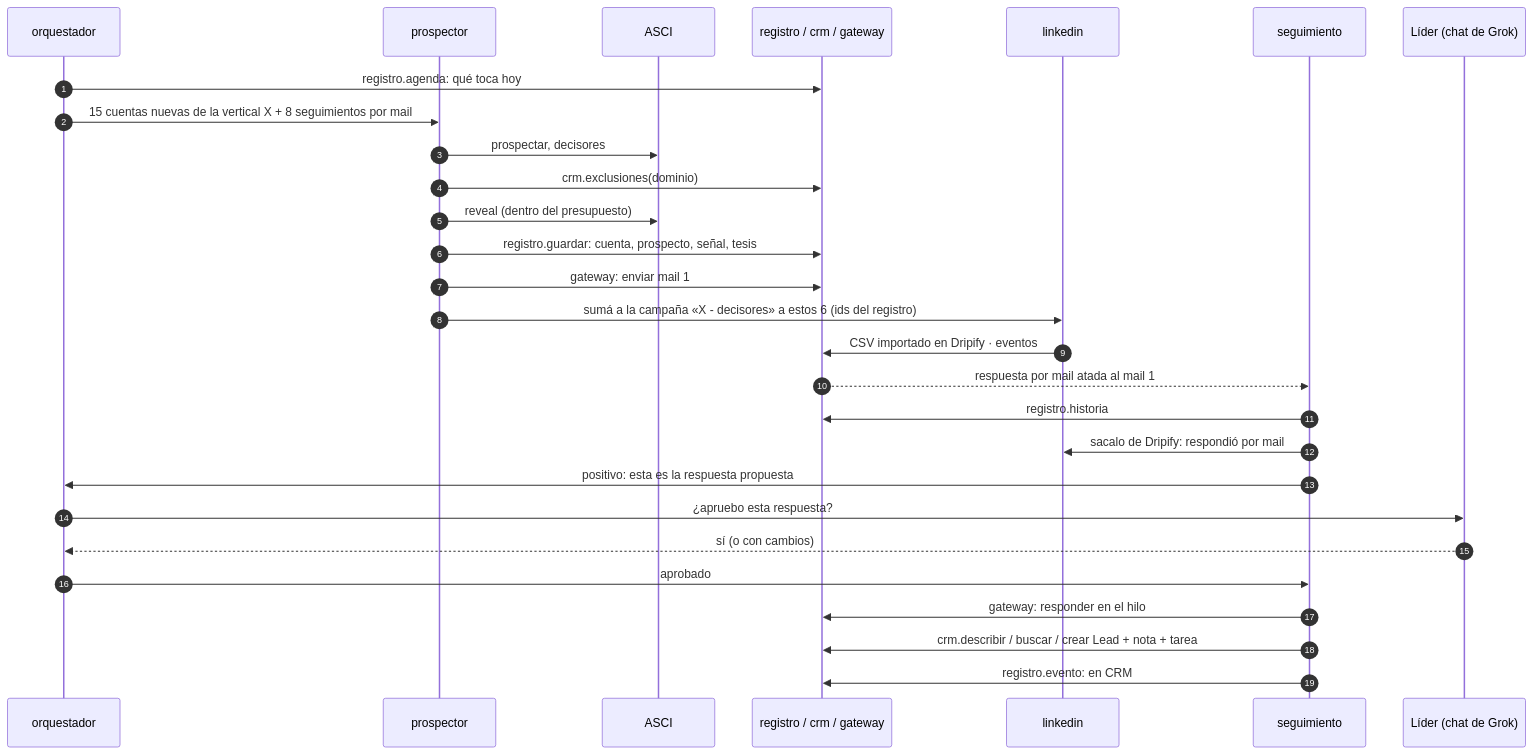
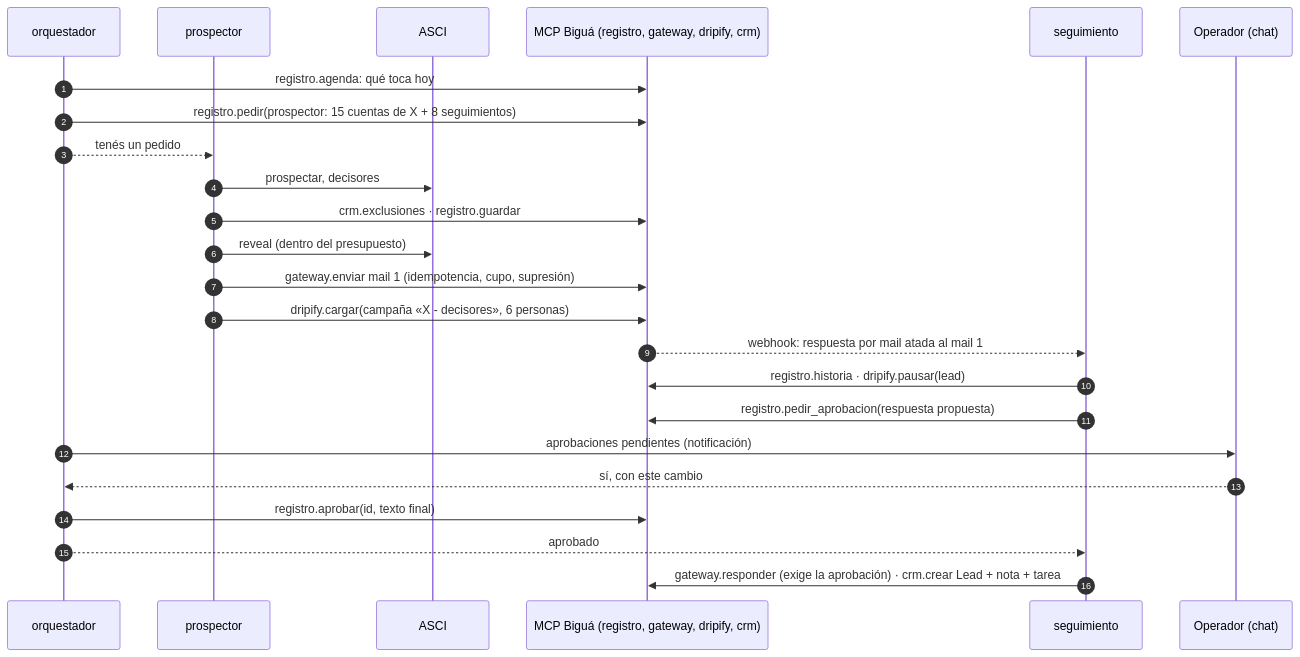
The second of 2 diagrams in docs/09-arquitectura-v2.md (ignaciocuffia86/sdrbot), drawn with Mermaid before and after one commit. The commit also changed other lines of this file and 3 other files, not shown here.

````diff
--- a/docs/09-arquitectura-v2.md
+++ b/docs/09-arquitectura-v2.md
@@ -149,31 +147,27 @@
 ```mermaid
 sequenceDiagram
   autonumber
   participant O as orquestador
   participant P as prospector
   participant A as ASCI
-  participant R as registro / crm / gateway
-  participant L as linkedin
+  participant R as MCP Biguá (registro, gateway, dripify, crm)
   participant S as seguimiento
-  participant H as Líder (chat de Grok)
+  participant OP as Operador (chat)
 
   O->>R: registro.agenda: qué toca hoy
-  O->>P: 15 cuentas nuevas de la vertical X + 8 seguimientos por mail
+  O->>R: registro.pedir(prospector: 15 cuentas de X + 8 seguimientos)
+  O-->>P: tenés un pedido
   P->>A: prospectar, decisores
-  P->>R: crm.exclusiones(dominio)
+  P->>R: crm.exclusiones · registro.guardar
   P->>A: reveal (dentro del presupuesto)
-  P->>R: registro.guardar: cuenta, prospecto, señal, tesis
-  P->>R: gateway: enviar mail 1
-  P->>L: sumá a la campaña «X - decisores» a estos 6 (ids del registro)
-  L->>R: CSV importado en Dripify · eventos
-  R-->>S: respuesta por mail atada al mail 1
-  S->>R: registro.historia
-  S->>L: sacalo de Dripify: respondió por mail
-  S->>O: positivo: esta es la respuesta propuesta
-  O->>H: ¿apruebo esta respuesta?
-  H-->>O: sí (o con cambios)
-  O->>S: aprobado
-  S->>R: gateway: responder en el hilo
-  S->>R: crm.describir / buscar / crear Lead + nota + tarea
-  S->>R: registro.evento: en CRM
+  P->>R: gateway.enviar mail 1 (idempotencia, cupo, supresión)
+  P->>R: dripify.cargar(campaña «X - decisores», 6 personas)
+  R-->>S: webhook: respuesta por mail atada al mail 1
+  S->>R: registro.historia · dripify.pausar(lead)
+  S->>R: registro.pedir_aprobacion(respuesta propuesta)
+  O->>OP: aprobaciones pendientes (notificación)
+  OP-->>O: sí, con este cambio
+  O->>R: registro.aprobar(id, texto final)
+  O-->>S: aprobado
+  S->>R: gateway.responder (exige la aprobación) · crm.crear Lead + nota + tarea
 ```
````
